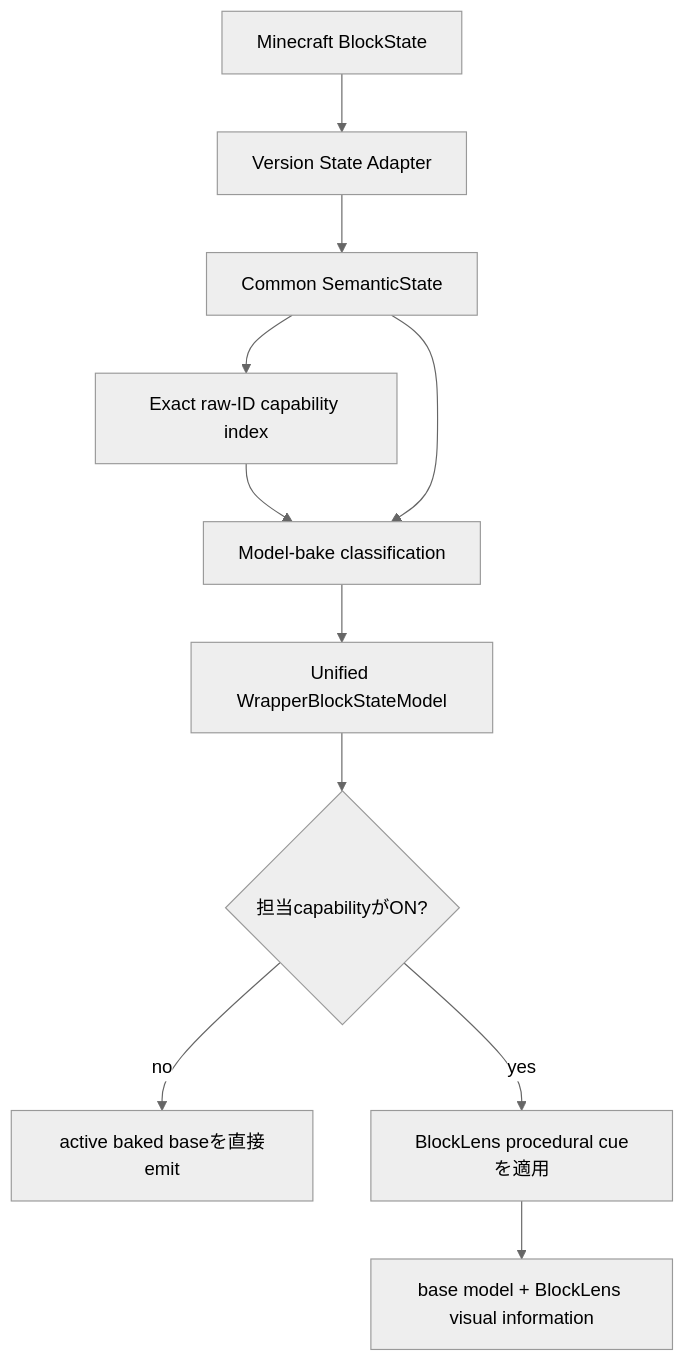
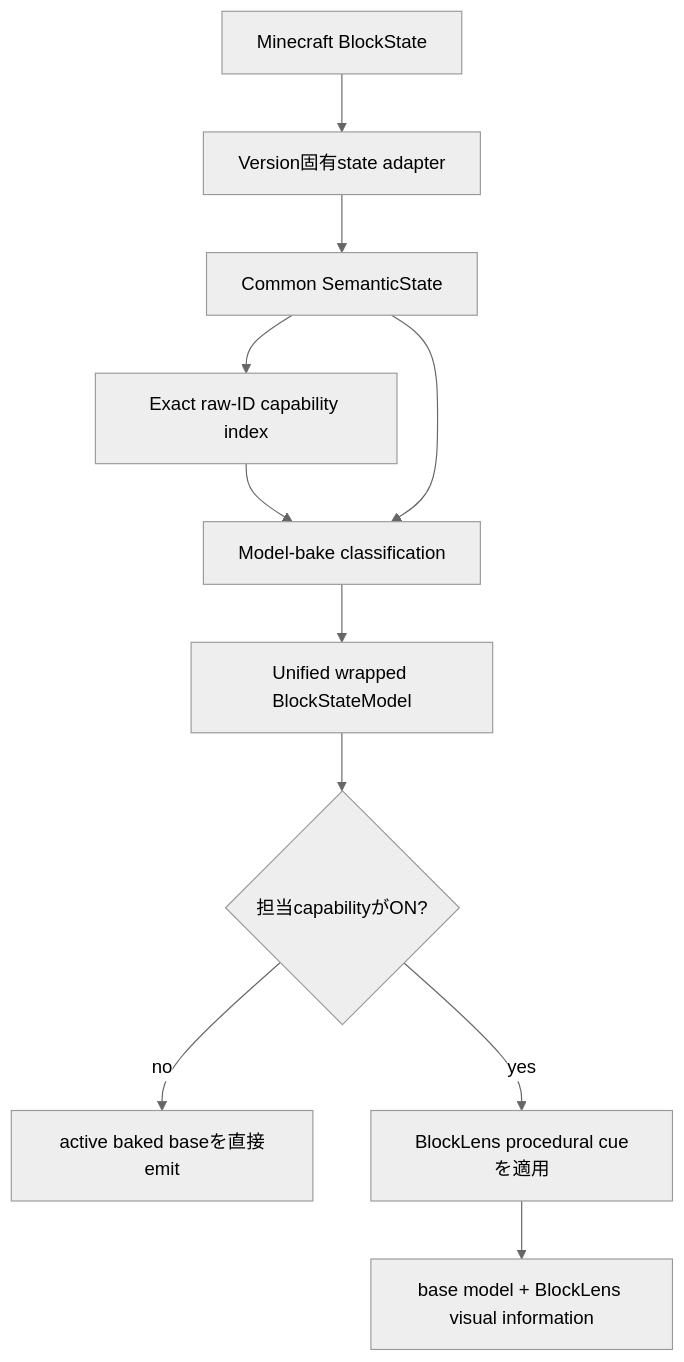
The second of 4 diagrams in README_ja.md (bosatsu25/BlockLens), drawn with Mermaid (neutral theme) before and after one commit. The commit also changed other lines of this file, not shown here.

````diff
--- a/README_ja.md
+++ b/README_ja.md
@@ -47,13 +51,13 @@
 ```mermaid
 flowchart TD
-    MC[Minecraft BlockState] --> VA[Version State Adapter]
+    MC[Minecraft BlockState] --> VA[Version固有state adapter]
     VA --> SS[Common SemanticState]
     SS --> IDX[Exact raw-ID capability index]
     IDX --> BAKE[Model-bake classification]
     SS --> BAKE
-    BAKE --> WRAP[Unified WrapperBlockStateModel]
+    BAKE --> WRAP[Unified wrapped BlockStateModel]
     WRAP --> MASK{担当capabilityがON?}
     MASK -- no --> BASE[active baked baseを直接emit]
     MASK -- yes --> CUE[BlockLens procedural cueを適用]
     CUE --> OUT[base model + BlockLens visual information]
 ```
````
